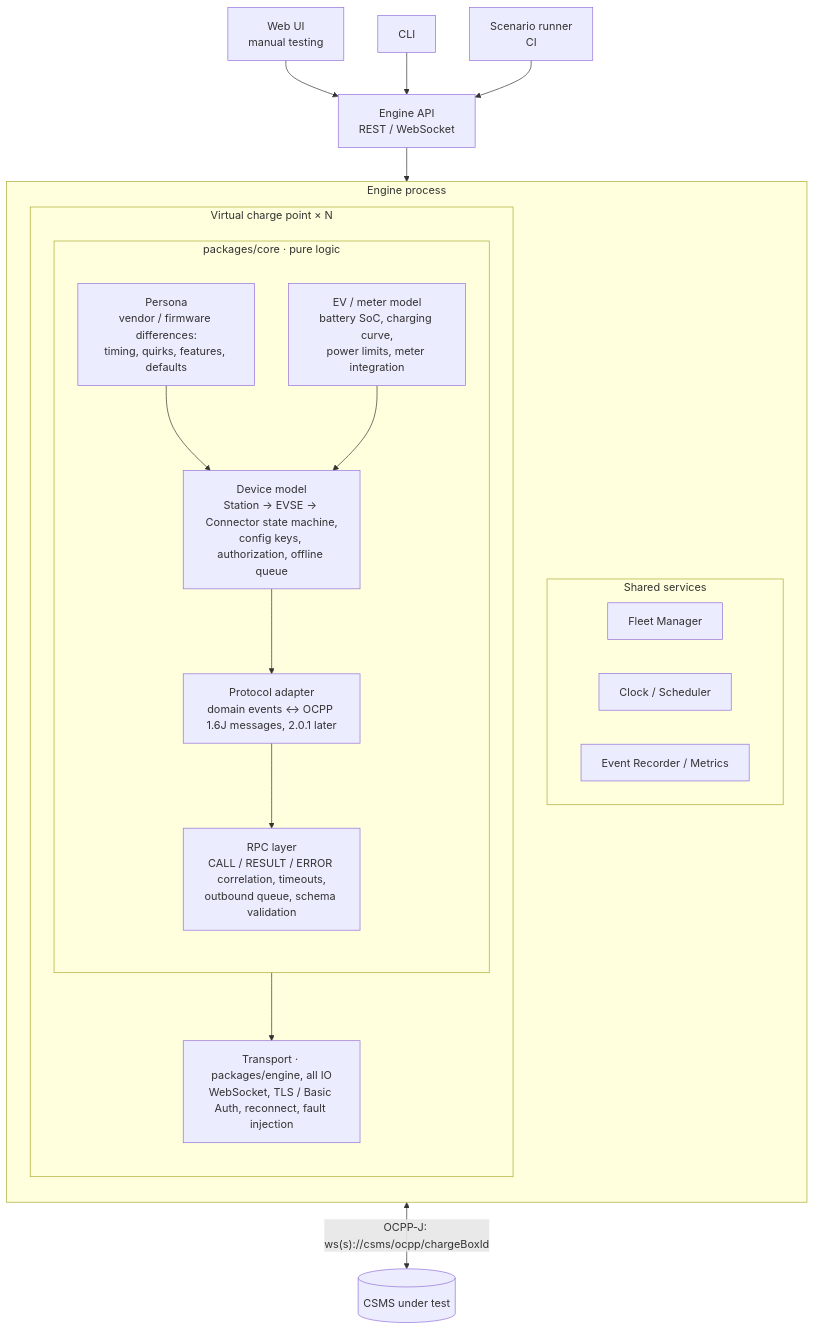
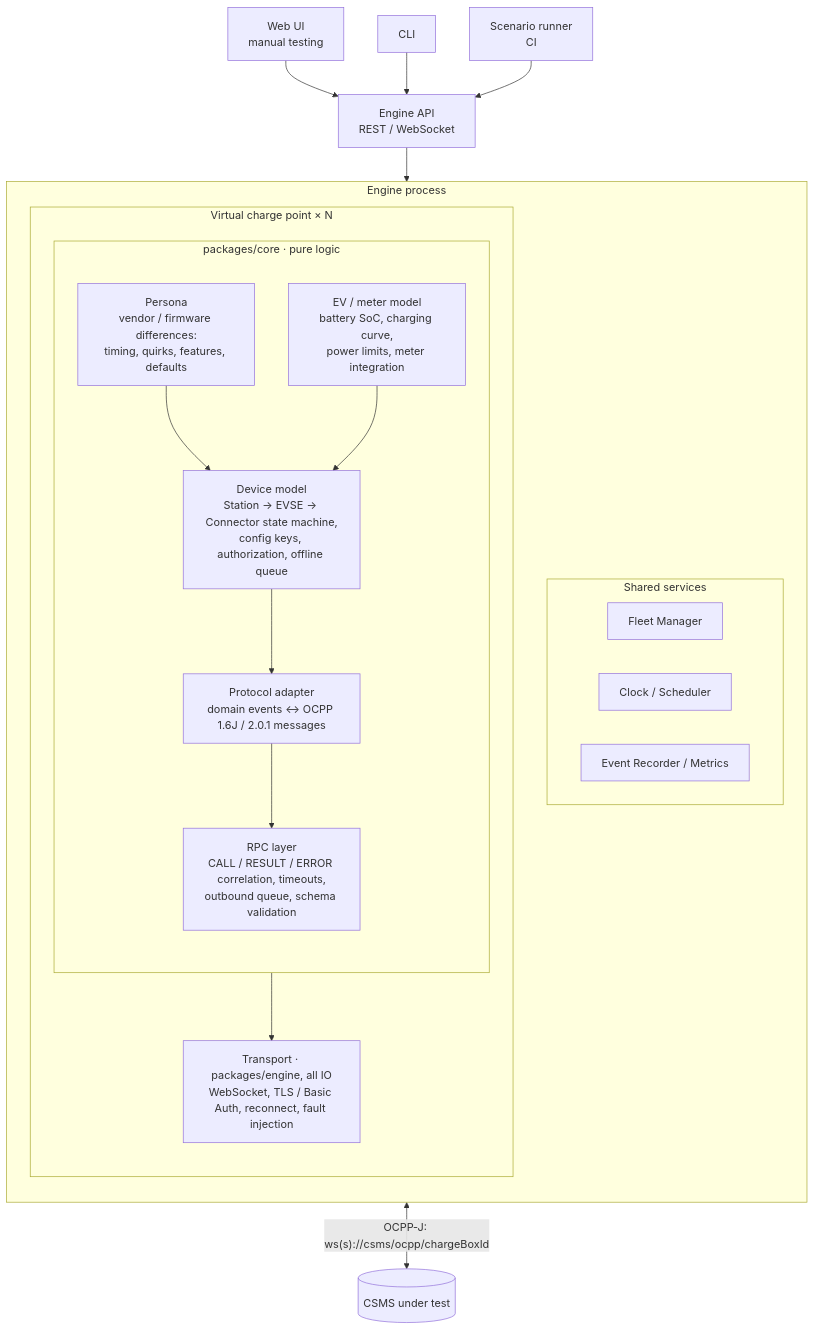
The first of 2 diagrams in docs/design.md (JasonKong/ocpp-mimic), drawn with Mermaid before and after one commit. The commit also changed other lines of this file and 3 other files, not shown here.

````diff
--- a/docs/design.md
+++ b/docs/design.md
@@ -36,38 +36,38 @@
 ```mermaid
 flowchart TB
   web["Web UI<br/>manual testing"]
   cli["CLI"]
   runner["Scenario runner<br/>CI"]
   api["Engine API<br/>REST / WebSocket"]
   web --> api
   cli --> api
   runner --> api
 
   subgraph engine["Engine process"]
     direction TB
     subgraph services["Shared services"]
       direction LR
       fleet["Fleet Manager"]
       clock["Clock / Scheduler"]
       events["Event Recorder / Metrics"]
     end
     subgraph vcp["Virtual charge point × N"]
       direction TB
       subgraph core["packages/core · pure logic"]
         direction TB
         persona["Persona<br/>vendor / firmware differences:<br/>timing, quirks, features, defaults"]
         ev["EV / meter model<br/>battery SoC, charging curve,<br/>power limits, meter integration"]
         device["Device model<br/>Station → EVSE → Connector state machine,<br/>config keys, authorization, offline queue"]
-        protocol["Protocol adapter<br/>domain events ↔ OCPP 1.6J messages, 2.0.1 later"]
+        protocol["Protocol adapter<br/>domain events ↔ OCPP 1.6J / 2.0.1 messages"]
         rpc["RPC layer<br/>CALL / RESULT / ERROR correlation, timeouts,<br/>outbound queue, schema validation"]
       end
       transport["Transport · packages/engine, all IO<br/>WebSocket, TLS / Basic Auth, reconnect, fault injection"]
     end
   end
 
   api --> engine
   persona --> device
   ev --> device
   device --> protocol --> rpc --> transport
   transport <-->|"OCPP-J: ws(s)://csms/ocpp/chargeBoxId"| csms[("CSMS under test")]
 ```
````
